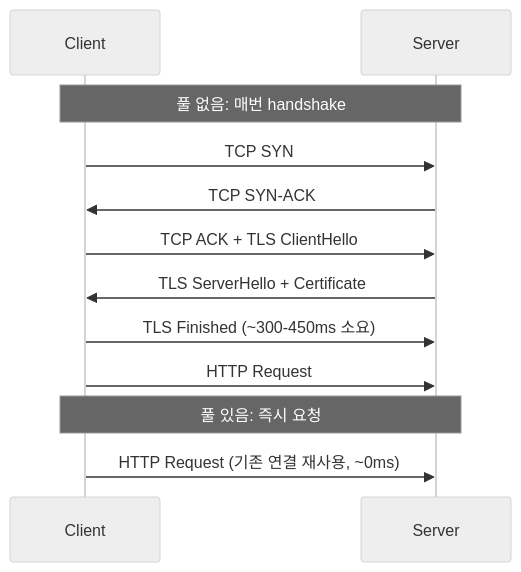
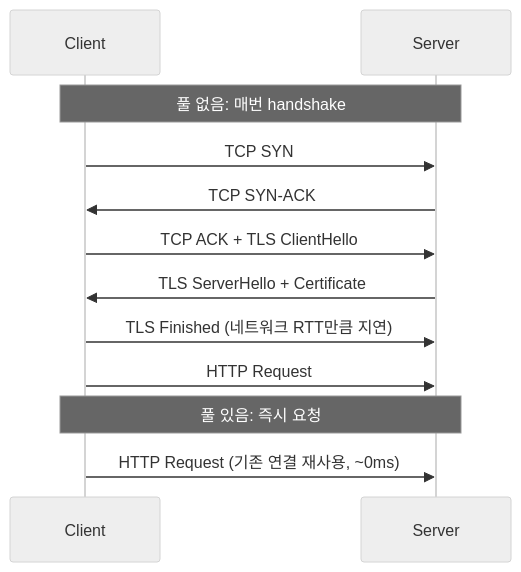
One commit to jiwon11/jiwon11.github.io changed the third of 7 diagrams in _posts/2026-02-07-kotlin-coroutines-to-spring-async-performance-improvement.md. Above: the diagram before and after it, drawn with Mermaid (neutral theme). The commit also changed other lines of this file and 9 other files, not shown here.

````diff
--- a/_posts/2026-02-07-kotlin-coroutines-to-spring-async-performance-improvement.md
+++ b/_posts/2026-02-07-kotlin-coroutines-to-spring-async-performance-improvement.md
@@ -306,14 +309,14 @@
 ```mermaid
 sequenceDiagram
     participant C as Client
     participant S as Server
     Note over C,S: 풀 없음: 매번 handshake
     C->>S: TCP SYN
     S->>C: TCP SYN-ACK
     C->>S: TCP ACK + TLS ClientHello
     S->>C: TLS ServerHello + Certificate
-    C->>S: TLS Finished (~300-450ms 소요)
+    C->>S: TLS Finished (네트워크 RTT만큼 지연)
     C->>S: HTTP Request
     Note over C,S: 풀 있음: 즉시 요청
     C->>S: HTTP Request (기존 연결 재사용, ~0ms)
 ```
````
